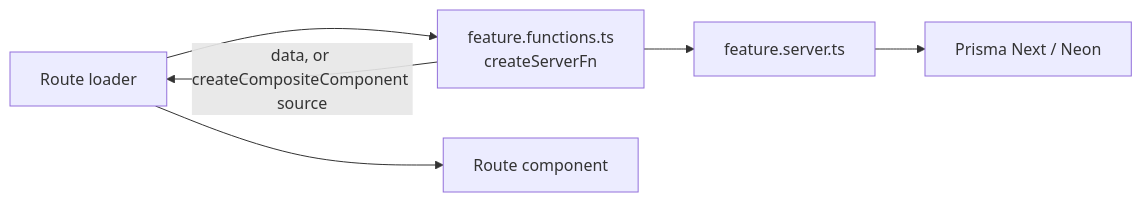
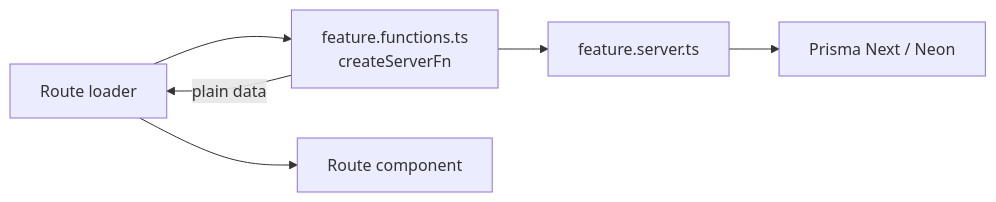
One commit to wends05/final-portfolio changed the second of 2 diagrams in docs/architecture.md. Above: the diagram before and after it, drawn with Mermaid. The commit also changed other lines of this file and 9 other files, not shown here.

````diff
--- a/docs/architecture.md
+++ b/docs/architecture.md
@@ -61,8 +61,8 @@
 ```mermaid
 flowchart LR
     Loader["Route loader"] --> Fn["feature.functions.ts<br/>createServerFn"]
     Fn --> Server["feature.server.ts"]
     Server --> DB["Prisma Next / Neon"]
-    Fn -->|"data, or createCompositeComponent source"| Loader
+    Fn -->|"plain data"| Loader
     Loader --> Page["Route component"]
 ```
````
